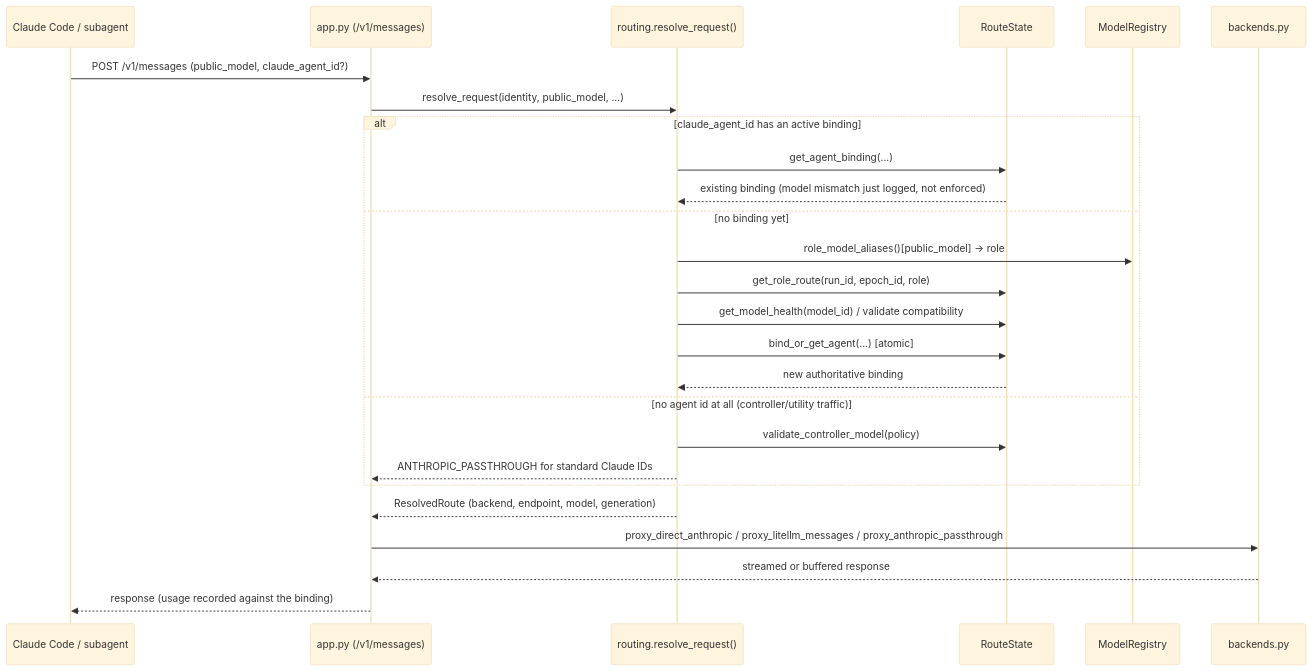
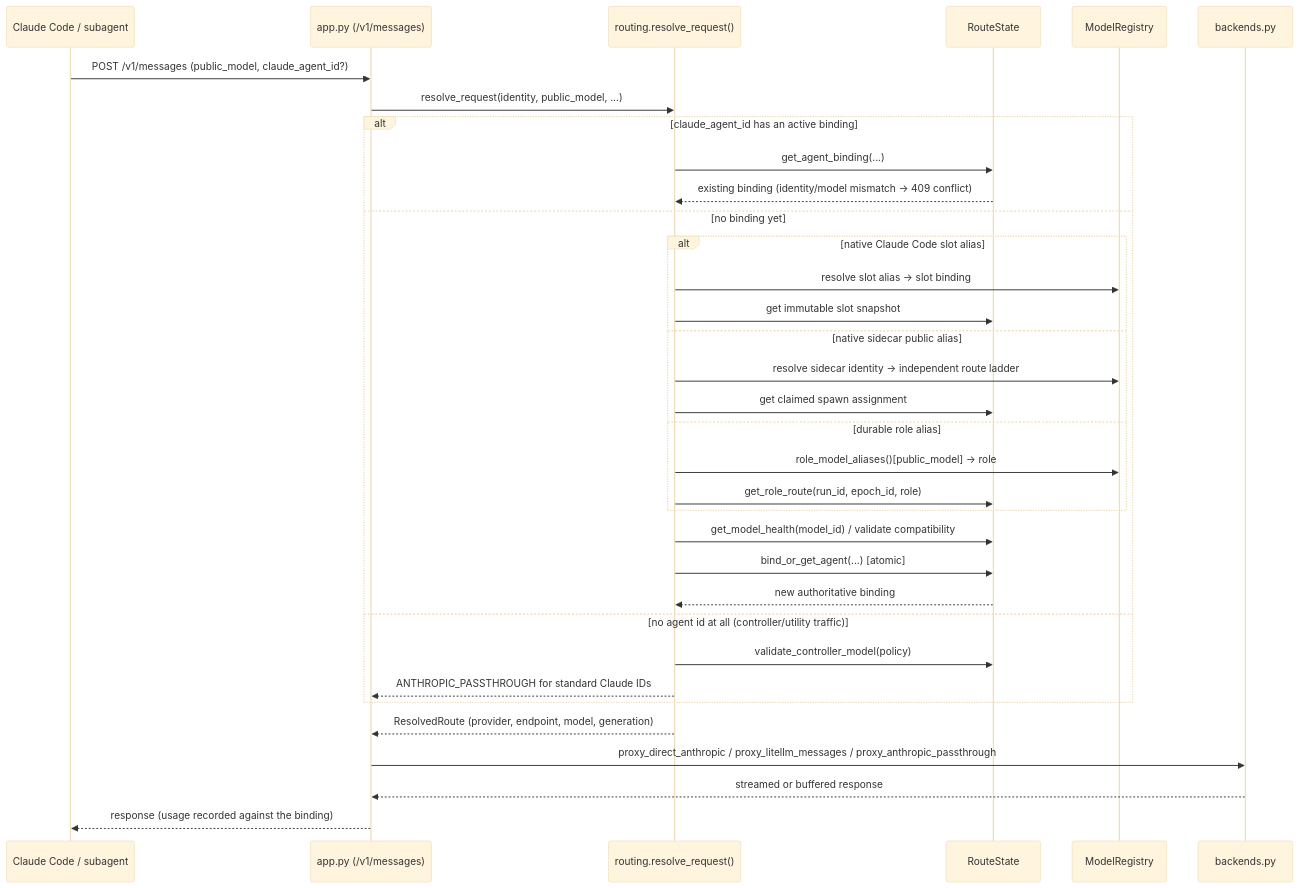
One commit to B-A-M-N/ClaudeBrigade changed the second of 17 diagrams in UML_DIAGRAMS.md. Above: the diagram before and after it, drawn with Mermaid (base theme). The commit also changed other lines of this file and 60 other files, not shown here.

````diff
--- a/UML_DIAGRAMS.md
+++ b/UML_DIAGRAMS.md
@@ -58,29 +69,37 @@
 ```mermaid
 sequenceDiagram
     participant CC as Claude Code / subagent
     participant App as app.py (/v1/messages)
     participant Route as routing.resolve_request()
     participant State as RouteState
     participant Reg as ModelRegistry
     participant Back as backends.py
 
     CC->>App: POST /v1/messages (public_model, claude_agent_id?)
     App->>Route: resolve_request(identity, public_model, ...)
     alt claude_agent_id has an active binding
         Route->>State: get_agent_binding(...)
-        State-->>Route: existing binding (model mismatch just logged, not enforced)
+        State-->>Route: existing binding (identity/model mismatch -> 409 conflict)
     else no binding yet
-        Route->>Reg: role_model_aliases()[public_model] -> role
-        Route->>State: get_role_route(run_id, epoch_id, role)
+        alt native Claude Code slot alias
+            Route->>Reg: resolve slot alias -> slot binding
+            Route->>State: get immutable slot snapshot
+        else native sidecar public alias
+            Route->>Reg: resolve sidecar identity -> independent route ladder
+            Route->>State: get claimed spawn assignment
+        else durable role alias
+            Route->>Reg: role_model_aliases()[public_model] -> role
+            Route->>State: get_role_route(run_id, epoch_id, role)
+        end
         Route->>State: get_model_health(model_id) / validate compatibility
         Route->>State: bind_or_get_agent(...) [atomic]
         State-->>Route: new authoritative binding
     else no agent id at all (controller/utility traffic)
         Route->>State: validate_controller_model(policy)
         Route-->>App: ANTHROPIC_PASSTHROUGH for standard Claude IDs
     end
-    Route-->>App: ResolvedRoute (backend, endpoint, model, generation)
+    Route-->>App: ResolvedRoute (provider, endpoint, model, generation)
     App->>Back: proxy_direct_anthropic / proxy_litellm_messages / proxy_anthropic_passthrough
     Back-->>App: streamed or buffered response
     App-->>CC: response (usage recorded against the binding)
 ```
````
